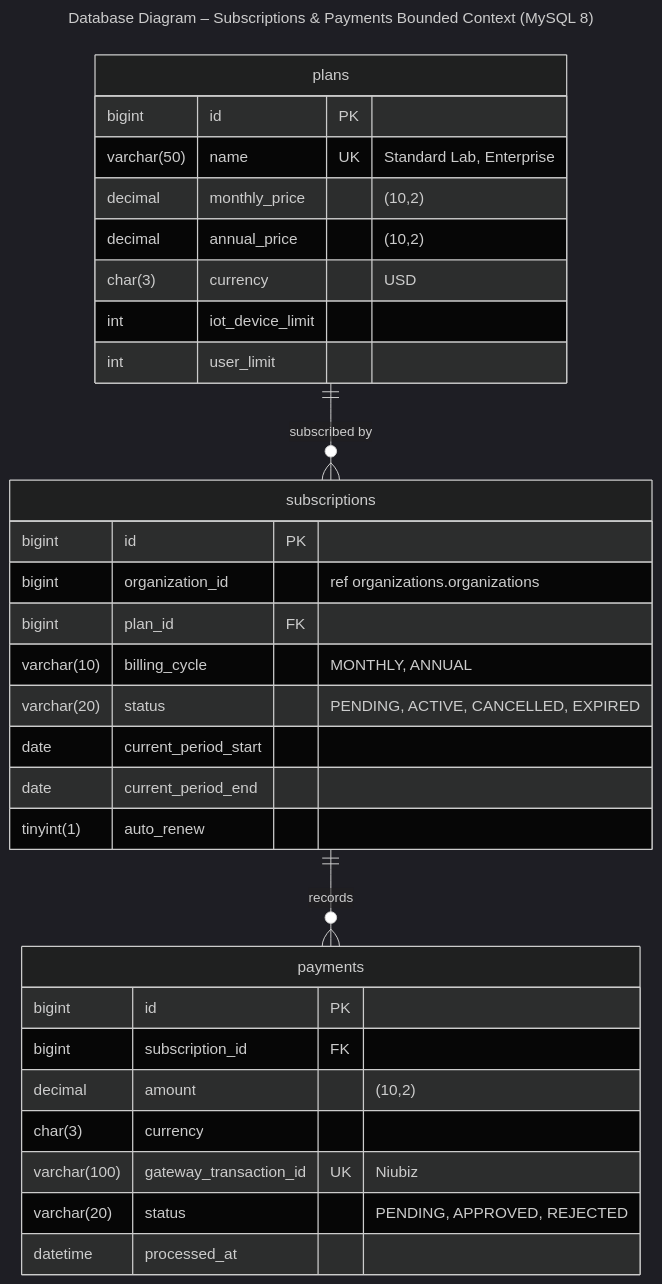
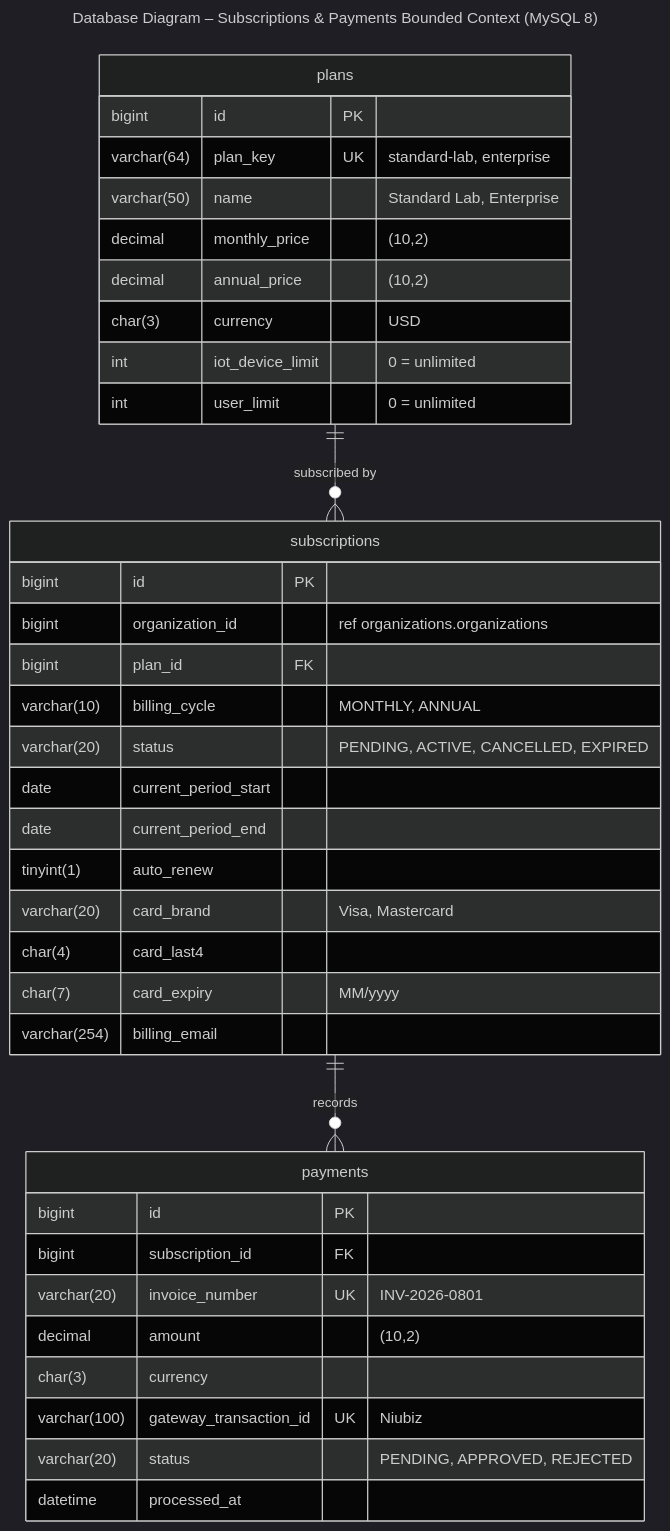
One commit to IngesCompany/doofplus-report changed the diagram in report/assets/diagrams/mermaid/db-03-subscriptions.mmd. Above: the diagram before and after it, drawn with Mermaid (dark theme). The commit also changed 2 other files, not shown here.

Commit message:
fix(diagrams): add the subscription fields used by the web app and the api

```diff
--- a/report/assets/diagrams/mermaid/db-03-subscriptions.mmd
+++ b/report/assets/diagrams/mermaid/db-03-subscriptions.mmd
@@ -1,34 +1,40 @@
 ---
 title: "Database Diagram – Subscriptions & Payments Bounded Context (MySQL 8)"
 ---
 erDiagram
   plans {
     bigint id PK
-    varchar(50) name UK "Standard Lab, Enterprise"
+    varchar(64) plan_key UK "standard-lab, enterprise"
+    varchar(50) name "Standard Lab, Enterprise"
     decimal monthly_price "(10,2)"
     decimal annual_price "(10,2)"
     char(3) currency "USD"
-    int iot_device_limit
-    int user_limit
+    int iot_device_limit "0 = unlimited"
+    int user_limit "0 = unlimited"
   }
   subscriptions {
     bigint id PK
     bigint organization_id "ref organizations.organizations"
     bigint plan_id FK
     varchar(10) billing_cycle "MONTHLY, ANNUAL"
     varchar(20) status "PENDING, ACTIVE, CANCELLED, EXPIRED"
     date current_period_start
     date current_period_end
     tinyint(1) auto_renew
+    varchar(20) card_brand "Visa, Mastercard"
+    char(4) card_last4
+    char(7) card_expiry "MM/yyyy"
+    varchar(254) billing_email
   }
   payments {
     bigint id PK
     bigint subscription_id FK
+    varchar(20) invoice_number UK "INV-2026-0801"
     decimal amount "(10,2)"
     char(3) currency
     varchar(100) gateway_transaction_id UK "Niubiz"
     varchar(20) status "PENDING, APPROVED, REJECTED"
     datetime processed_at
   }
   plans ||--o{ subscriptions : "subscribed by"
   subscriptions ||--o{ payments : "records"
```
